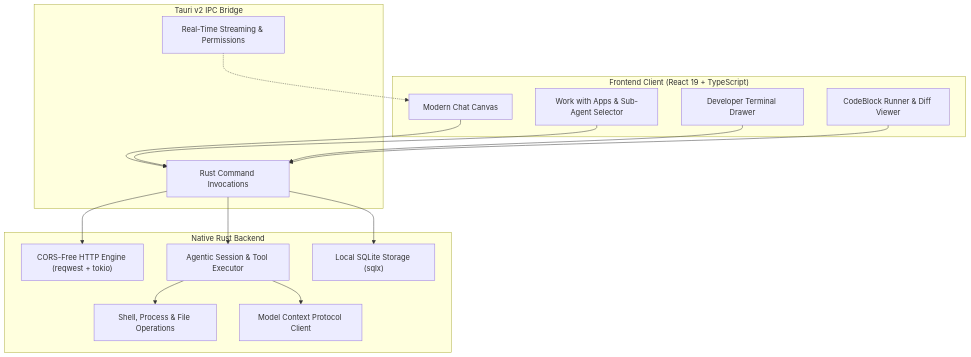
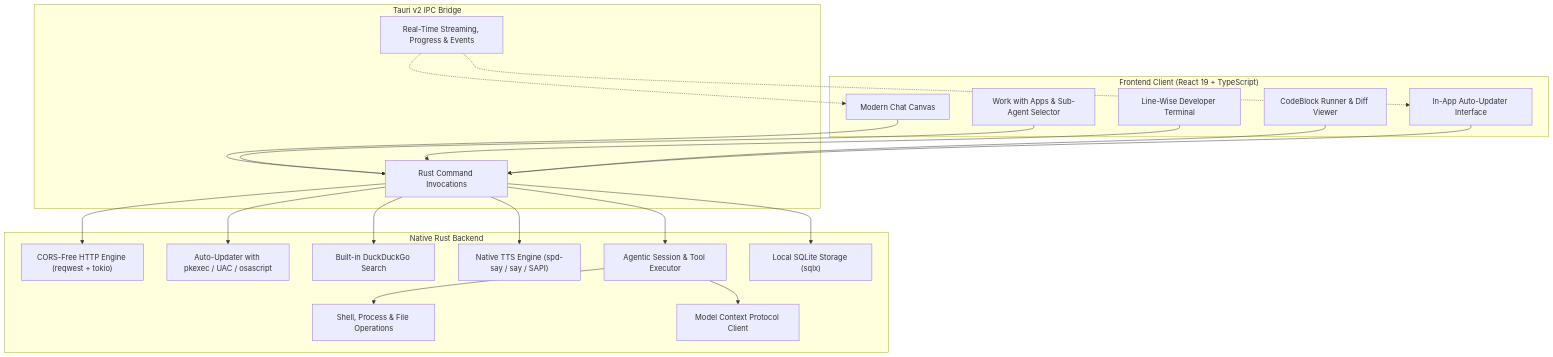
One commit to Amanbig/ChatMe changed the diagram in README.md. Above: the diagram before and after it, drawn with Mermaid. The commit also changed other lines of this file and 2 other files, not shown here.

````diff
--- a/README.md
+++ b/README.md
@@ -98,33 +121,42 @@
 ```mermaid
 flowchart TD
     subgraph Frontend["Frontend Client (React 19 + TypeScript)"]
         UI["Modern Chat Canvas"]
         ToolsBar["Work with Apps & Sub-Agent Selector"]
-        Terminal["Developer Terminal Drawer"]
+        Terminal["Line-Wise Developer Terminal"]
         Runner["CodeBlock Runner & Diff Viewer"]
+        UpdaterUI["In-App Auto-Updater Interface"]
     end
 
     subgraph IPC["Tauri v2 IPC Bridge"]
         Commands["Rust Command Invocations"]
-        Events["Real-Time Streaming & Permissions"]
+        Events["Real-Time Streaming, Progress & Events"]
     end
 
     subgraph Backend["Native Rust Backend"]
         HTTP["CORS-Free HTTP Engine (reqwest + tokio)"]
+        UpdaterEngine["Auto-Updater with pkexec / UAC / osascript"]
+        DDG["Built-in DuckDuckGo Search"]
+        TTS["Native TTS Engine (spd-say / say / SAPI)"]
         AgentCore["Agentic Session & Tool Executor"]
         DB["Local SQLite Storage (sqlx)"]
         SysOps["Shell, Process & File Operations"]
         MCP["Model Context Protocol Client"]
     end
 
     UI --> Commands
     ToolsBar --> Commands
     Terminal --> Commands
     Runner --> Commands
+    UpdaterUI --> Commands
     Commands --> AgentCore
+    Commands --> UpdaterEngine
+    Commands --> DDG
+    Commands --> TTS
     Commands --> HTTP
     Commands --> DB
     AgentCore --> SysOps
     AgentCore --> MCP
     Events -.-> UI
+    Events -.-> UpdaterUI
 ```
````
